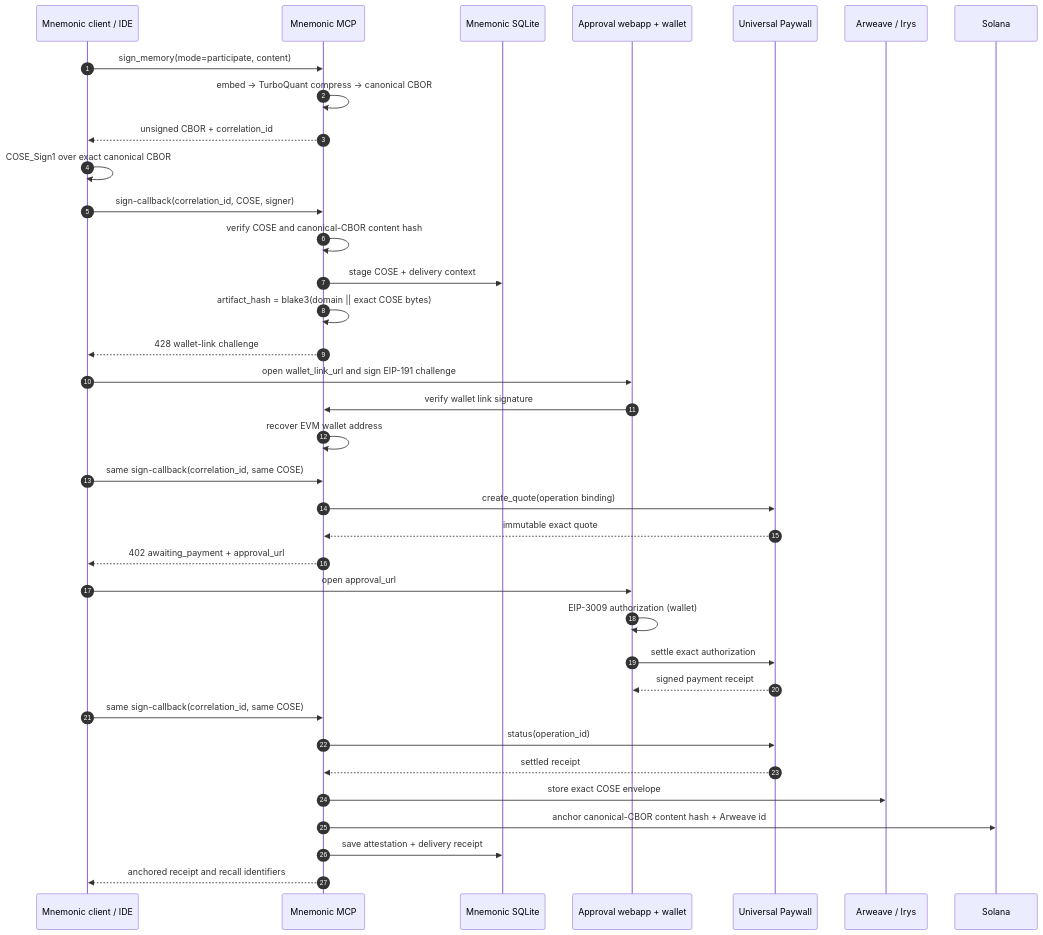
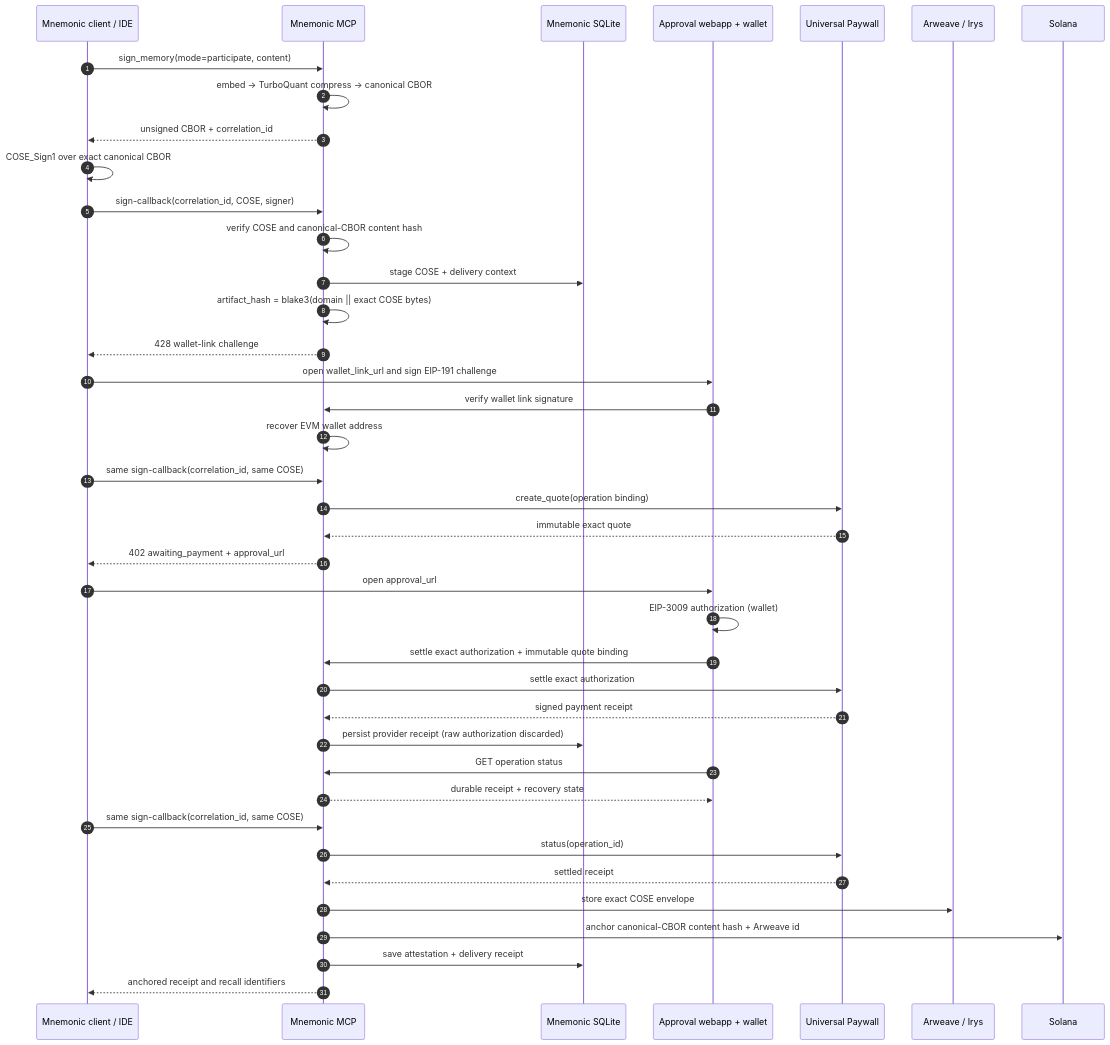
The first of 3 diagrams in work/universal-paywall-integration/flow.md (mnemonik-xyz/monorepo), drawn with Mermaid before and after one commit. The commit also changed other lines of this file and 7 other files, not shown here.

````diff
--- a/work/universal-paywall-integration/flow.md
+++ b/work/universal-paywall-integration/flow.md
@@ -15,39 +15,43 @@
 ```mermaid
 sequenceDiagram
     autonumber
     participant C as Mnemonic client / IDE
     participant M as Mnemonic MCP
     participant DB as Mnemonic SQLite
     participant W as Approval webapp + wallet
     participant UP as Universal Paywall
     participant A as Arweave / Irys
     participant S as Solana
 
     C->>M: sign_memory(mode=participate, content)
     M->>M: embed → TurboQuant compress → canonical CBOR
     M-->>C: unsigned CBOR + correlation_id
     C->>C: COSE_Sign1 over exact canonical CBOR
     C->>M: sign-callback(correlation_id, COSE, signer)
     M->>M: verify COSE and canonical-CBOR content hash
     M->>DB: stage COSE + delivery context
     M->>M: artifact_hash = blake3(domain || exact COSE bytes)
     M-->>C: 428 wallet-link challenge
     C->>W: open wallet_link_url and sign EIP-191 challenge
     W->>M: verify wallet link signature
     M->>M: recover EVM wallet address
     C->>M: same sign-callback(correlation_id, same COSE)
     M->>UP: create_quote(operation binding)
     UP-->>M: immutable exact quote
     M-->>C: 402 awaiting_payment + approval_url
     C->>W: open approval_url
     W->>W: EIP-3009 authorization (wallet)
-    W->>UP: settle exact authorization
-    UP-->>W: signed payment receipt
+    W->>M: settle exact authorization + immutable quote binding
+    M->>UP: settle exact authorization
+    UP-->>M: signed payment receipt
+    M->>DB: persist provider receipt (raw authorization discarded)
+    W->>M: GET operation status
+    M-->>W: durable receipt + recovery state
     C->>M: same sign-callback(correlation_id, same COSE)
     M->>UP: status(operation_id)
     UP-->>M: settled receipt
     M->>A: store exact COSE envelope
     M->>S: anchor canonical-CBOR content hash + Arweave id
     M->>DB: save attestation + delivery receipt
     M-->>C: anchored receipt and recall identifiers
 ```
````
